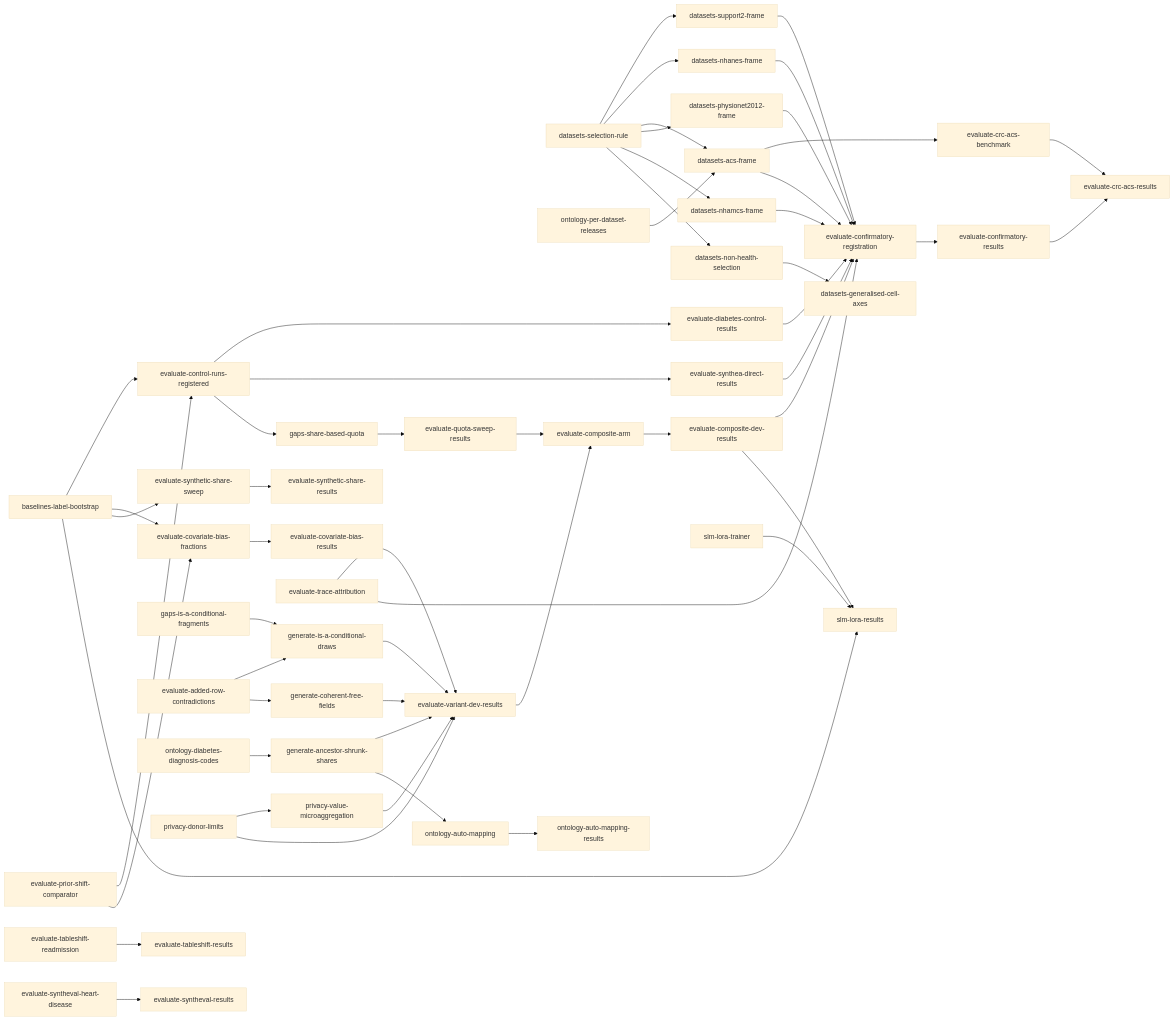
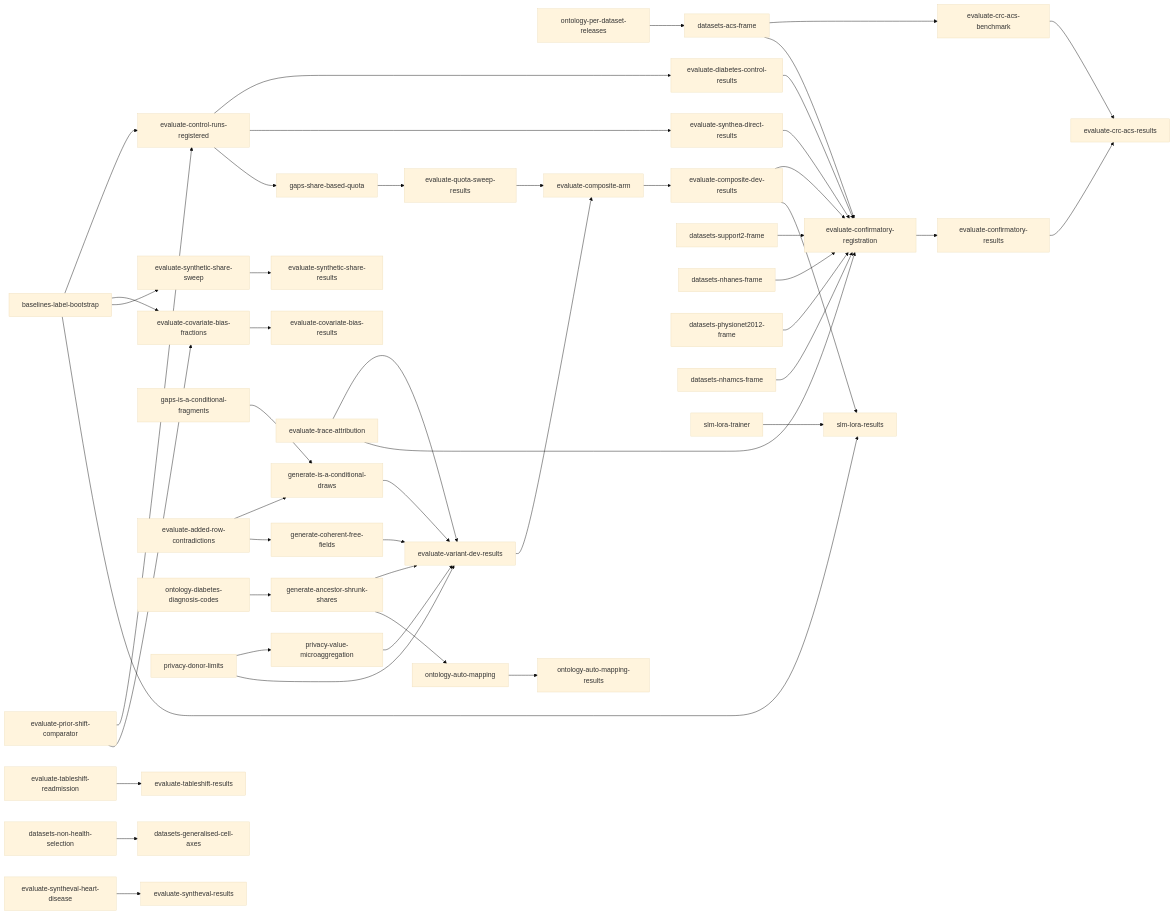
The diagram in tasks/direct-index.md (joe-dartmouth/synthetic), drawn with Mermaid (base theme) before and after one commit. The commit also changed other lines of this file and 12 other files, not shown here.

First line of the commit message:
Record the confirmatory-dataset selection rule (#116)

````diff
--- a/tasks/direct-index.md
+++ b/tasks/direct-index.md
@@ -86,56 +85,50 @@
 ```mermaid
 flowchart LR
     u4[baselines-label-bootstrap] --> u6[evaluate-control-runs-registered]
     u4 --> u37[evaluate-covariate-bias-fractions]
     u5[evaluate-prior-shift-comparator] --> u6
     u5 --> u37
     u37 --> u38[evaluate-covariate-bias-results]
     u39[evaluate-tableshift-readmission] --> u40[evaluate-tableshift-results]
     u6 --> u7[evaluate-diabetes-control-results]
     u6 --> u8[evaluate-synthea-direct-results]
     u10[gaps-is-a-conditional-fragments] --> u11[generate-is-a-conditional-draws]
     u9[evaluate-added-row-contradictions] --> u11
     u12[ontology-diabetes-diagnosis-codes] --> u13[generate-ancestor-shrunk-shares]
     u15[privacy-donor-limits] --> u16[privacy-value-microaggregation]
     u9 --> u17[generate-coherent-free-fields]
     u11 --> u19[evaluate-variant-dev-results]
     u13 --> u19
     u15 --> u19
     u16 --> u19
     u17 --> u19
     u18[evaluate-trace-attribution] --> u19
     u6 --> u20[gaps-share-based-quota]
     u20 --> u21[evaluate-quota-sweep-results]
-    u23[datasets-selection-rule] --> u25[datasets-support2-frame]
-    u23 --> u26[datasets-nhanes-frame]
-    u23 --> u27[datasets-acs-frame]
-    u24[ontology-per-dataset-releases] --> u27
+    u24[ontology-per-dataset-releases] --> u27[datasets-acs-frame]
     u27 --> u41[evaluate-crc-acs-benchmark]
-    u23 --> u47[datasets-physionet2012-frame]
-    u23 --> u48[datasets-nhamcs-frame]
-    u23 --> u49[datasets-non-health-selection]
-    u49 --> u50[datasets-generalised-cell-axes]
+    u49[datasets-non-health-selection] --> u50[datasets-generalised-cell-axes]
     u43[evaluate-syntheval-heart-disease] --> u44[evaluate-syntheval-results]
     u19 --> u28[evaluate-composite-arm]
     u21 --> u28
     u28 --> u29[evaluate-composite-dev-results]
     u7 --> u30[evaluate-confirmatory-registration]
     u8 --> u30
     u18 --> u30
     u4 --> u45[evaluate-synthetic-share-sweep]
     u45 --> u46[evaluate-synthetic-share-results]
-    u25 --> u30
-    u26 --> u30
+    u25[datasets-support2-frame] --> u30
+    u26[datasets-nhanes-frame] --> u30
     u27 --> u30
-    u47 --> u30
-    u48 --> u30
+    u47[datasets-physionet2012-frame] --> u30
+    u48[datasets-nhamcs-frame] --> u30
     u29 --> u30
     u30 --> u31[evaluate-confirmatory-results]
     u41 --> u42[evaluate-crc-acs-results]
     u31 --> u42
     u13 --> u32[ontology-auto-mapping]
     u32 --> u33[ontology-auto-mapping-results]
     u29 --> u36[slm-lora-results]
     u35[slm-lora-trainer] --> u36
     u4 --> u36
 ```
````
